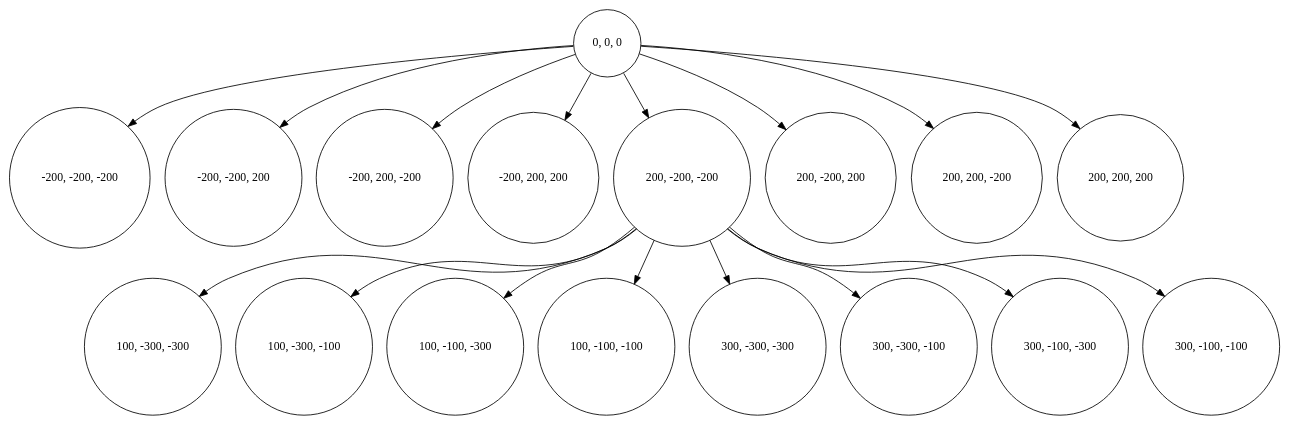
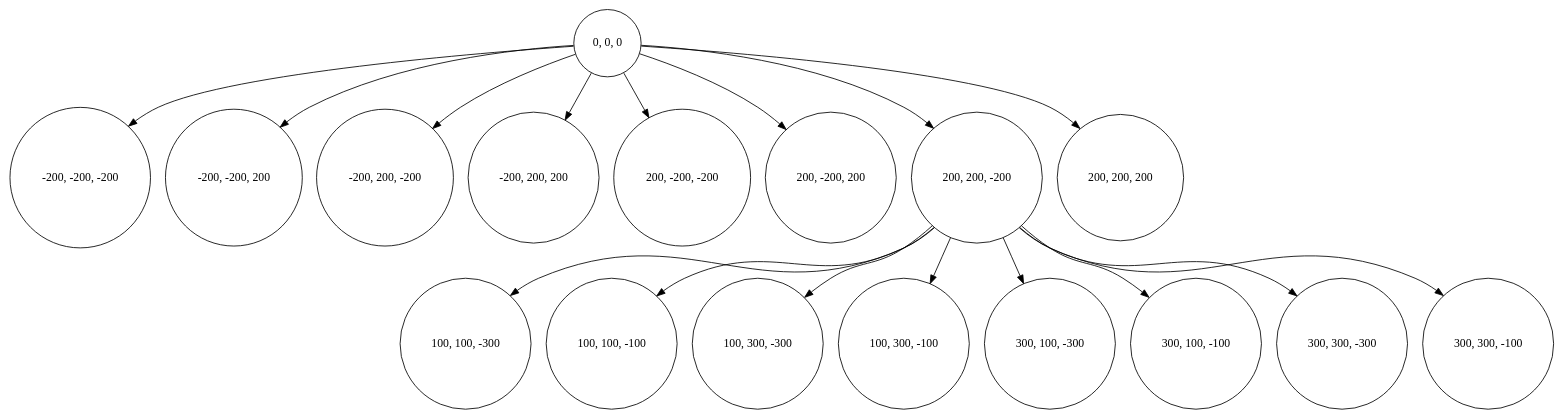
Before and after one commit to bidinpithecus/random: the diagram in octree/data/octree.dot, drawn with Graphviz. The commit also changed 5 other files, not shown here.

```diff
--- a/octree/data/octree.dot
+++ b/octree/data/octree.dot
@@ -1,35 +1,35 @@
 digraph Octree {
-"0x558d80b36300" [label="0, 0, 0"shape=circle];
-"0x558d80b36300" -> "0x558d8262ece0";
-"0x558d80b36300" -> "0x558d8262ed60";
-"0x558d80b36300" -> "0x558d8262ede0";
-"0x558d80b36300" -> "0x558d8262ee60";
-"0x558d80b36300" -> "0x558d8262eee0";
-"0x558d80b36300" -> "0x558d8262ef60";
-"0x558d80b36300" -> "0x558d8262efe0";
-"0x558d80b36300" -> "0x558d8262f060";
-"0x558d8262ece0" [label="-200, -200, -200"shape=circle];
-"0x558d8262ed60" [label="-200, -200, 200"shape=circle];
-"0x558d8262ede0" [label="-200, 200, -200"shape=circle];
-"0x558d8262ee60" [label="-200, 200, 200"shape=circle];
-"0x558d8262eee0" [label="200, -200, -200"shape=circle];
-"0x558d8262eee0" -> "0x558d8262f4f0";
-"0x558d8262eee0" -> "0x558d8262f570";
-"0x558d8262eee0" -> "0x558d8262f5f0";
-"0x558d8262eee0" -> "0x558d8262f670";
-"0x558d8262eee0" -> "0x558d8262f6f0";
-"0x558d8262eee0" -> "0x558d8262f770";
-"0x558d8262eee0" -> "0x558d8262f7f0";
-"0x558d8262eee0" -> "0x558d8262f870";
-"0x558d8262f4f0" [label="100, -300, -300"shape=circle];
-"0x558d8262f570" [label="100, -300, -100"shape=circle];
-"0x558d8262f5f0" [label="100, -100, -300"shape=circle];
-"0x558d8262f670" [label="100, -100, -100"shape=circle];
-"0x558d8262f6f0" [label="300, -300, -300"shape=circle];
-"0x558d8262f770" [label="300, -300, -100"shape=circle];
-"0x558d8262f7f0" [label="300, -100, -300"shape=circle];
-"0x558d8262f870" [label="300, -100, -100"shape=circle];
-"0x558d8262ef60" [label="200, -200, 200"shape=circle];
-"0x558d8262efe0" [label="200, 200, -200"shape=circle];
-"0x558d8262f060" [label="200, 200, 200"shape=circle];
+"0x556f16202300" [label="0, 0, 0"shape=circle];
+"0x556f16202300" -> "0x556f16decd20";
+"0x556f16202300" -> "0x556f16decda0";
+"0x556f16202300" -> "0x556f16dece20";
+"0x556f16202300" -> "0x556f16decea0";
+"0x556f16202300" -> "0x556f16decf20";
+"0x556f16202300" -> "0x556f16decfa0";
+"0x556f16202300" -> "0x556f16ded020";
+"0x556f16202300" -> "0x556f16ded0a0";
+"0x556f16decd20" [label="-200, -200, -200"shape=circle];
+"0x556f16decda0" [label="-200, -200, 200"shape=circle];
+"0x556f16dece20" [label="-200, 200, -200"shape=circle];
+"0x556f16decea0" [label="-200, 200, 200"shape=circle];
+"0x556f16decf20" [label="200, -200, -200"shape=circle];
+"0x556f16decfa0" [label="200, -200, 200"shape=circle];
+"0x556f16ded020" [label="200, 200, -200"shape=circle];
+"0x556f16ded020" -> "0x556f16ded530";
+"0x556f16ded020" -> "0x556f16ded5b0";
+"0x556f16ded020" -> "0x556f16ded630";
+"0x556f16ded020" -> "0x556f16ded6b0";
+"0x556f16ded020" -> "0x556f16ded730";
+"0x556f16ded020" -> "0x556f16ded7b0";
+"0x556f16ded020" -> "0x556f16ded830";
+"0x556f16ded020" -> "0x556f16ded8b0";
+"0x556f16ded530" [label="100, 100, -300"shape=circle];
+"0x556f16ded5b0" [label="100, 100, -100"shape=circle];
+"0x556f16ded630" [label="100, 300, -300"shape=circle];
+"0x556f16ded6b0" [label="100, 300, -100"shape=circle];
+"0x556f16ded730" [label="300, 100, -300"shape=circle];
+"0x556f16ded7b0" [label="300, 100, -100"shape=circle];
+"0x556f16ded830" [label="300, 300, -300"shape=circle];
+"0x556f16ded8b0" [label="300, 300, -100"shape=circle];
+"0x556f16ded0a0" [label="200, 200, 200"shape=circle];
 }
```
